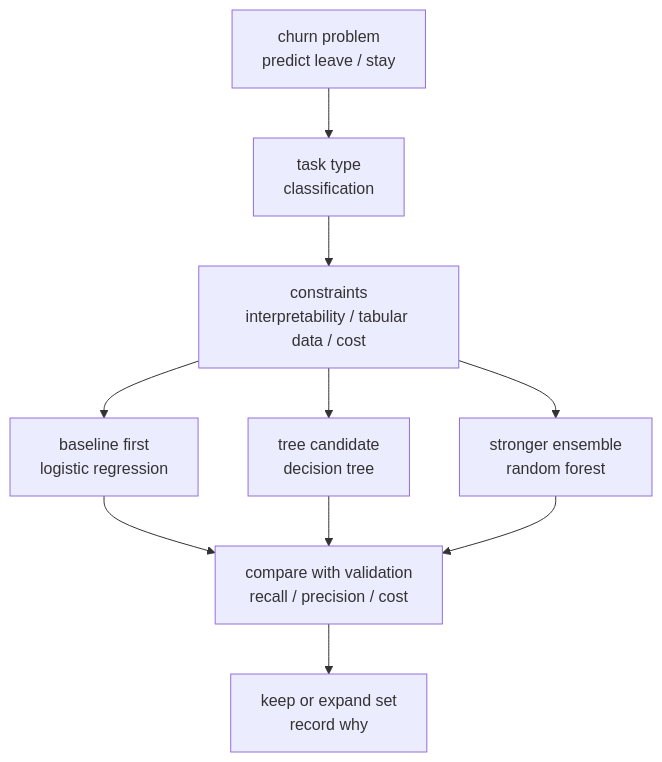
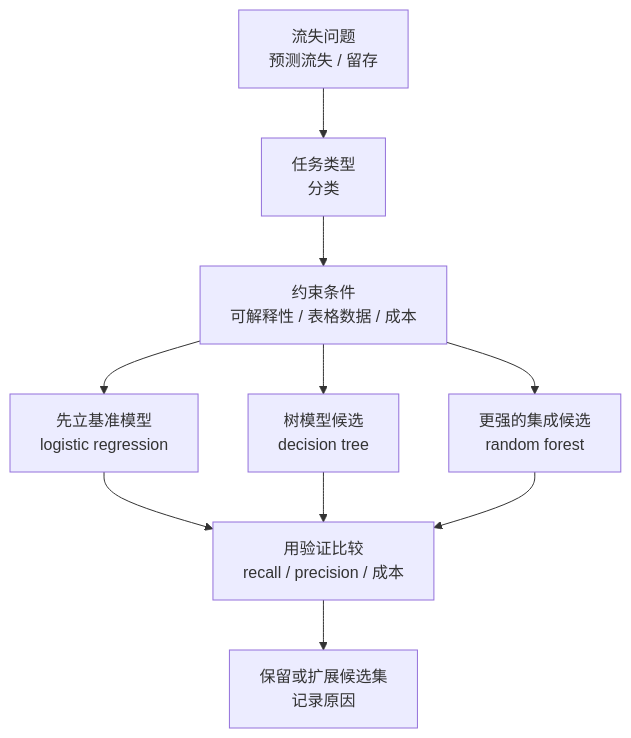
The first of 3 diagrams in docs/zh/parts/part-04/chapter-03/section-02.md (devchan64/AiBook), drawn with Mermaid before and after one commit. The commit also changed other lines of this file and 11 other files, not shown here.

````diff
--- a/docs/zh/parts/part-04/chapter-03/section-02.md
+++ b/docs/zh/parts/part-04/chapter-03/section-02.md
@@ -55,21 +55,21 @@
 ```mermaid
 flowchart TD
-  A["churn problem<br/>predict leave / stay"]
-  B["task type<br/>classification"]
-  C["constraints<br/>interpretability / tabular data / cost"]
-  D["baseline first<br/>logistic regression"]
-  E["tree candidate<br/>decision tree"]
-  F["stronger ensemble<br/>random forest"]
-  G["compare with validation<br/>recall / precision / cost"]
-  H["keep or expand set<br/>record why"]
+  A["流失问题<br/>预测流失 / 留存"]
+  B["任务类型<br/>分类"]
+  C["约束条件<br/>可解释性 / 表格数据 / 成本"]
+  D["先立基准模型<br/>logistic regression"]
+  E["树模型候选<br/>decision tree"]
+  F["更强的集成候选<br/>random forest"]
+  G["用验证比较<br/>recall / precision / 成本"]
+  H["保留或扩展候选集<br/>记录原因"]
 
   A --> B
   B --> C
   C --> D
   C --> E
   C --> F
   D --> G
   E --> G
   F --> G
   G --> H
 ```
````
